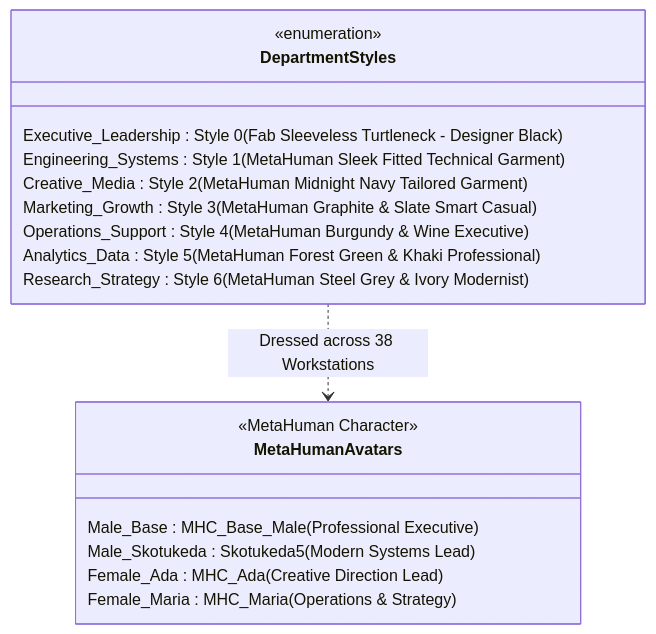
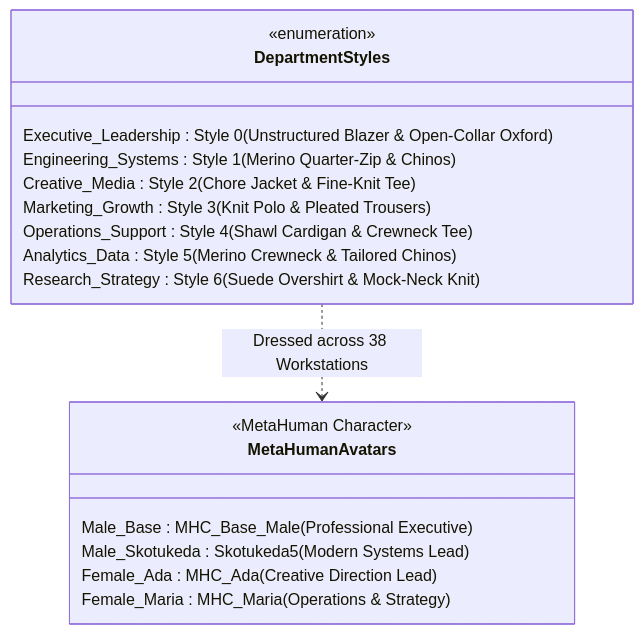
The second of 2 diagrams in AGENTS.md (Snapwave333/Clearly-Drawn-News), drawn with Mermaid before and after one commit. The commit also changed other lines of this file and 6 other files, not shown here.

First line of the commit message:
feat(unreal): elevated smart casual wardrobe for MetaHumans

````diff
--- a/AGENTS.md
+++ b/AGENTS.md
@@ -90,23 +90,23 @@
 ```mermaid
 classDiagram
     class DepartmentStyles {
         <<enumeration>>
-        Executive_Leadership : Style 0 (Fab Sleeveless Turtleneck - Designer Black)
-        Engineering_Systems : Style 1 (MetaHuman Sleek Fitted Technical Garment)
-        Creative_Media : Style 2 (MetaHuman Midnight Navy Tailored Garment)
-        Marketing_Growth : Style 3 (MetaHuman Graphite & Slate Smart Casual)
-        Operations_Support : Style 4 (MetaHuman Burgundy & Wine Executive)
-        Analytics_Data : Style 5 (MetaHuman Forest Green & Khaki Professional)
-        Research_Strategy : Style 6 (MetaHuman Steel Grey & Ivory Modernist)
+        Executive_Leadership : Style 0 (Unstructured Blazer & Open-Collar Oxford)
+        Engineering_Systems : Style 1 (Merino Quarter-Zip & Chinos)
+        Creative_Media : Style 2 (Chore Jacket & Fine-Knit Tee)
+        Marketing_Growth : Style 3 (Knit Polo & Pleated Trousers)
+        Operations_Support : Style 4 (Shawl Cardigan & Crewneck Tee)
+        Analytics_Data : Style 5 (Merino Crewneck & Tailored Chinos)
+        Research_Strategy : Style 6 (Suede Overshirt & Mock-Neck Knit)
     }
 
     class MetaHumanAvatars {
         <<MetaHuman Character>>
         Male_Base : MHC_Base_Male (Professional Executive)
         Male_Skotukeda : Skotukeda5 (Modern Systems Lead)
         Female_Ada : MHC_Ada (Creative Direction Lead)
         Female_Maria : MHC_Maria (Operations & Strategy)
     }
 
     DepartmentStyles ..> MetaHumanAvatars : Dressed across 38 Workstations
 ```
````
